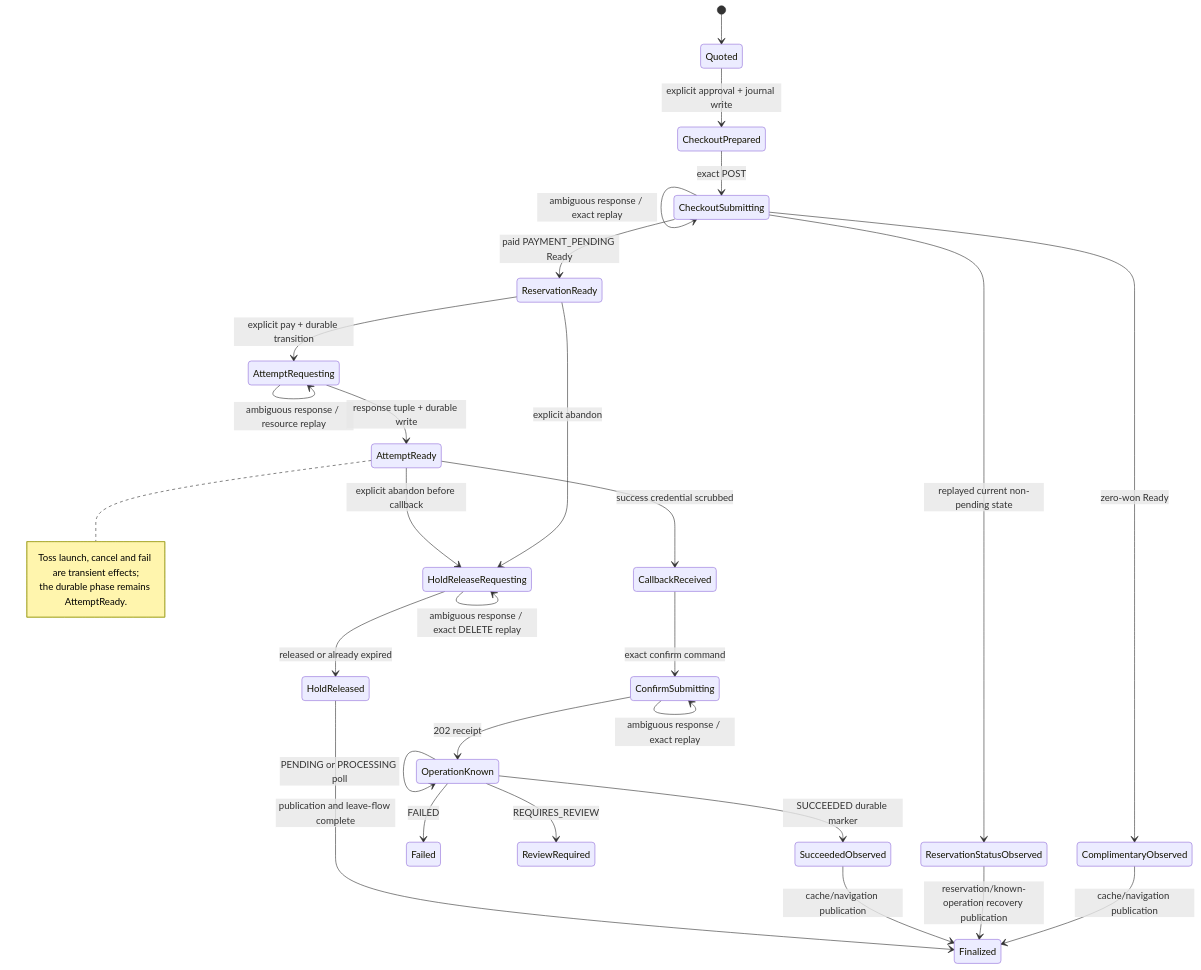
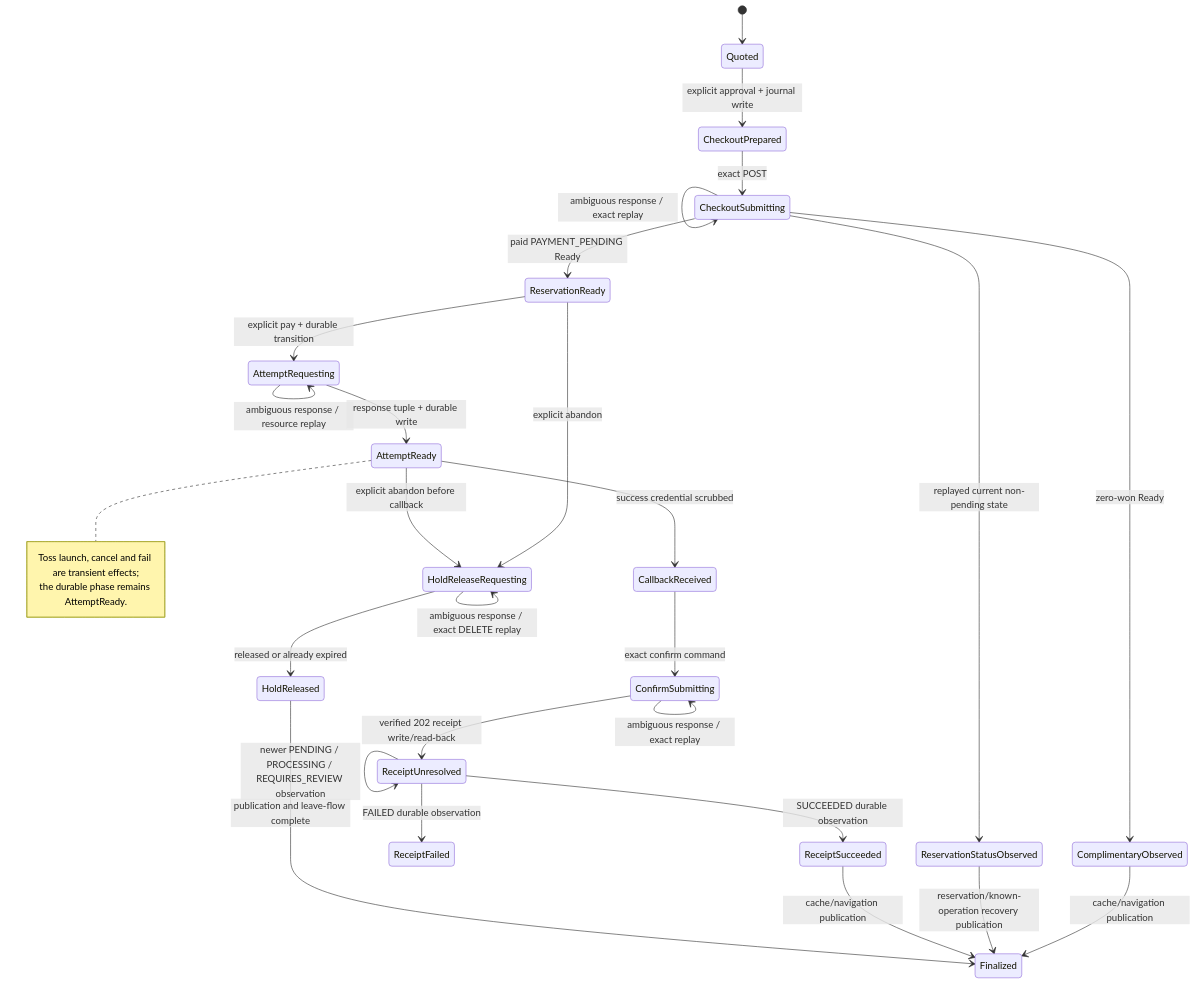
The third of 4 diagrams in docs/plans/2026-09-01-001-refactor-local-backend-contract-alignment-plan.md (eeoos/airbob-front), drawn with Mermaid before and after one commit. The commit also changed other lines of this file, not shown here.

Commit message:
docs(frontend): make operation receipt the sole authority

````diff
--- a/docs/plans/2026-09-01-001-refactor-local-backend-contract-alignment-plan.md
+++ b/docs/plans/2026-09-01-001-refactor-local-backend-contract-alignment-plan.md
@@ -243,33 +243,32 @@
 ```mermaid
 stateDiagram-v2
   [*] --> Quoted
   Quoted --> CheckoutPrepared: explicit approval + journal write
   CheckoutPrepared --> CheckoutSubmitting: exact POST
   CheckoutSubmitting --> CheckoutSubmitting: ambiguous response / exact replay
   CheckoutSubmitting --> ComplimentaryObserved: zero-won Ready
   ComplimentaryObserved --> Finalized: cache/navigation publication
   CheckoutSubmitting --> ReservationReady: paid PAYMENT_PENDING Ready
   CheckoutSubmitting --> ReservationStatusObserved: replayed current non-pending state
   ReservationStatusObserved --> Finalized: reservation/known-operation recovery publication
   ReservationReady --> AttemptRequesting: explicit pay + durable transition
   AttemptRequesting --> AttemptRequesting: ambiguous response / resource replay
   AttemptRequesting --> AttemptReady: response tuple + durable write
   note right of AttemptReady
     Toss launch, cancel and fail are transient effects;
     the durable phase remains AttemptReady.
   end note
   AttemptReady --> CallbackReceived: success credential scrubbed
   CallbackReceived --> ConfirmSubmitting: exact confirm command
   ConfirmSubmitting --> ConfirmSubmitting: ambiguous response / exact replay
-  ConfirmSubmitting --> OperationKnown: 202 receipt
-  OperationKnown --> OperationKnown: PENDING or PROCESSING poll
-  OperationKnown --> SucceededObserved: SUCCEEDED durable marker
-  SucceededObserved --> Finalized: cache/navigation publication
-  OperationKnown --> Failed: FAILED
-  OperationKnown --> ReviewRequired: REQUIRES_REVIEW
+  ConfirmSubmitting --> ReceiptUnresolved: verified 202 receipt write/read-back
+  ReceiptUnresolved --> ReceiptUnresolved: newer PENDING / PROCESSING / REQUIRES_REVIEW observation
+  ReceiptUnresolved --> ReceiptSucceeded: SUCCEEDED durable observation
+  ReceiptSucceeded --> Finalized: cache/navigation publication
+  ReceiptUnresolved --> ReceiptFailed: FAILED durable observation
   ReservationReady --> HoldReleaseRequesting: explicit abandon
   AttemptReady --> HoldReleaseRequesting: explicit abandon before callback
   HoldReleaseRequesting --> HoldReleaseRequesting: ambiguous response / exact DELETE replay
   HoldReleaseRequesting --> HoldReleased: released or already expired
   HoldReleased --> Finalized: publication and leave-flow complete
 ```
````
